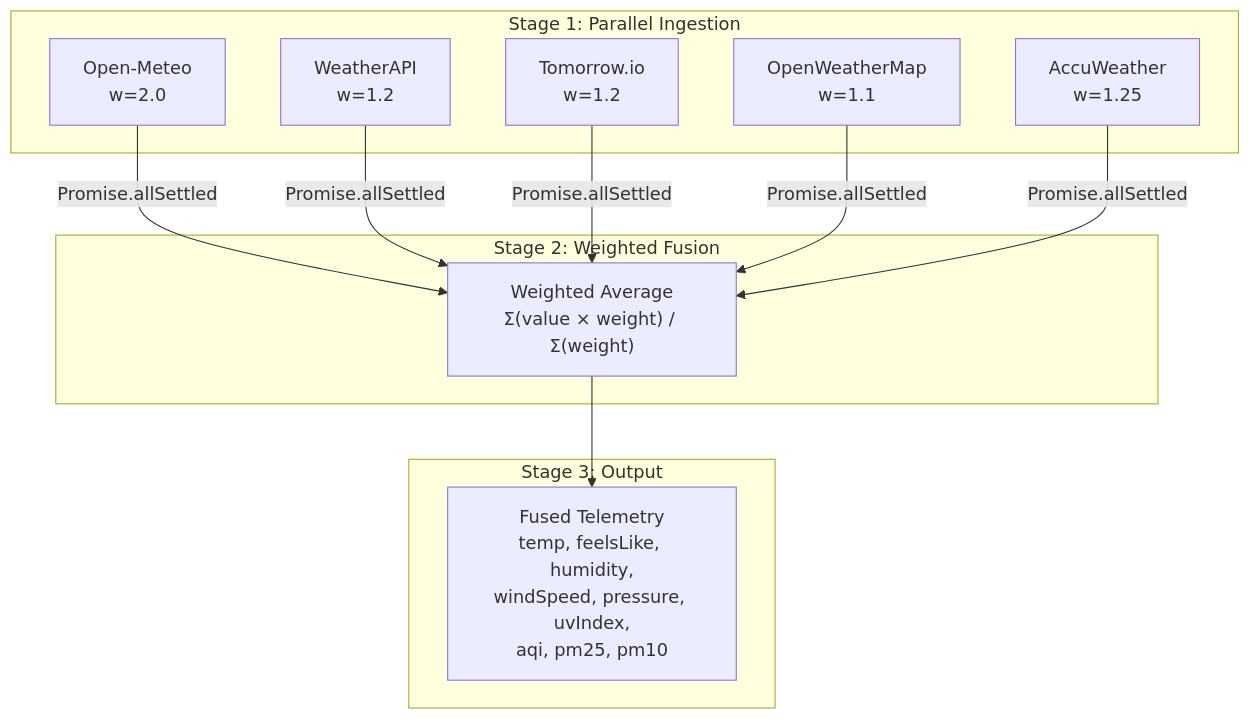
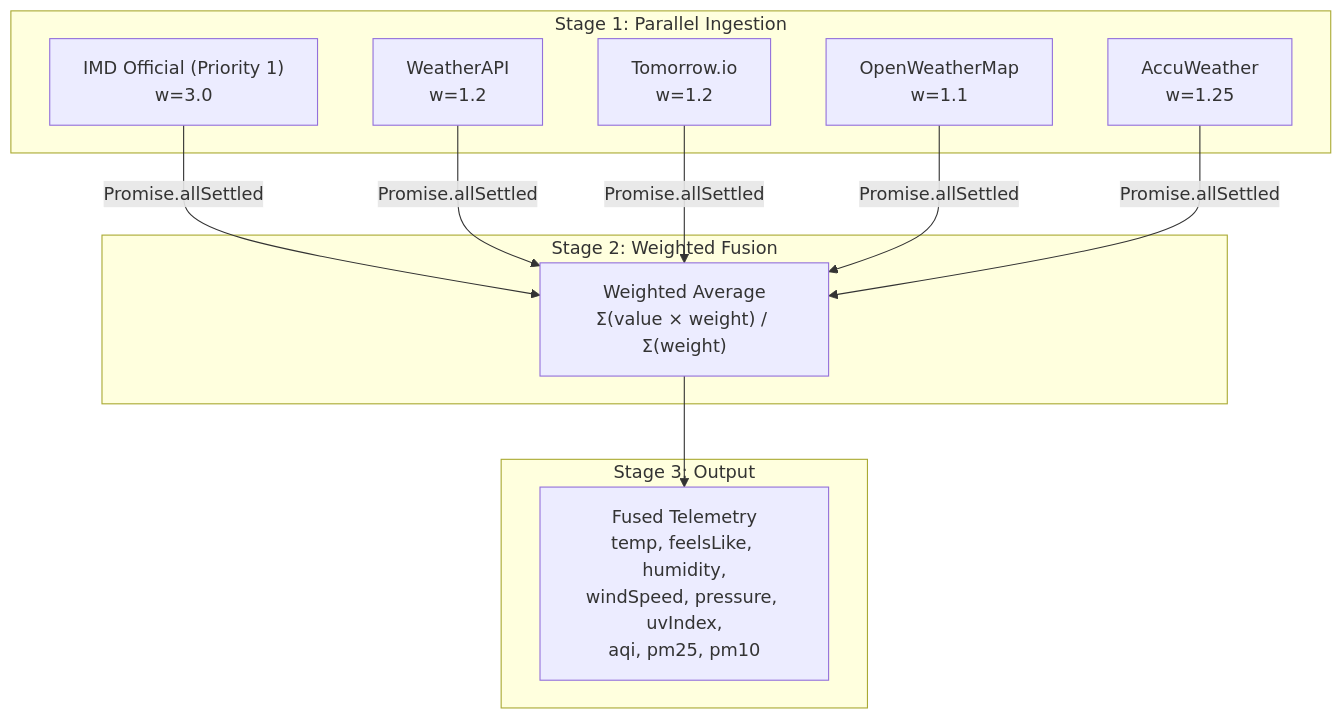
The eighth of 11 diagrams in frontend/WeatherGPT_Architecture.md (omsenjalia/weathergpt), drawn with Mermaid before and after one commit. The commit also changed other lines of this file and 1 other file, not shown here.

````diff
--- a/frontend/WeatherGPT_Architecture.md
+++ b/frontend/WeatherGPT_Architecture.md
@@ -679,25 +721,25 @@
 ```mermaid
 graph TD
     subgraph "Stage 1: Parallel Ingestion"
-        P1["Open-Meteo<br/>w=2.0"]
+        P1["IMD Official (Priority 1)<br/>w=3.0"]
         P2["WeatherAPI<br/>w=1.2"]
         P3["Tomorrow.io<br/>w=1.2"]
         P4["OpenWeatherMap<br/>w=1.1"]
         P5["AccuWeather<br/>w=1.25"]
     end
 
     subgraph "Stage 2: Weighted Fusion"
         FUSE["Weighted Average<br/>Σ(value × weight) / Σ(weight)"]
     end
 
     subgraph "Stage 3: Output"
         OUT["Fused Telemetry<br/>temp, feelsLike, humidity,<br/>windSpeed, pressure, uvIndex,<br/>aqi, pm25, pm10"]
     end
 
     P1 -->|"Promise.allSettled"| FUSE
     P2 -->|"Promise.allSettled"| FUSE
     P3 -->|"Promise.allSettled"| FUSE
     P4 -->|"Promise.allSettled"| FUSE
     P5 -->|"Promise.allSettled"| FUSE
     FUSE --> OUT
 ```
````
